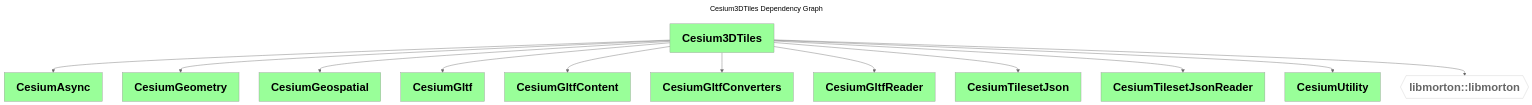
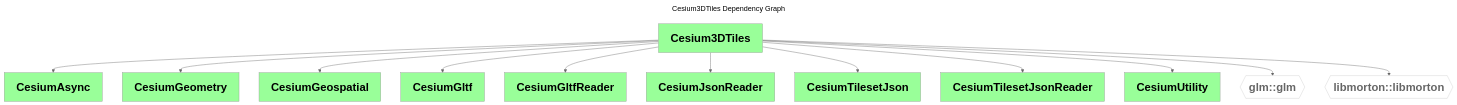
Before and after one commit to CesiumGS/cesium-native: the diagram in doc/diagrams/dependencies/Cesium3DTiles.mmd, drawn with Mermaid (neutral theme). The commit also changed 4 other files, not shown here.

Commit message:
Regenerate dependency graphs

```diff
--- a/doc/diagrams/dependencies/Cesium3DTiles.mmd
+++ b/doc/diagrams/dependencies/Cesium3DTiles.mmd
@@ -1,21 +1,21 @@
 ---
 comment: This file was generated by dep-graph-gen. DO NOT EDIT THIS FILE!
 
 title: Cesium3DTiles Dependency Graph
 ---
 graph TD
   classDef dependencyNode fill:#fff,stroke:#ccc,color:#666,font-weight:bold,font-size:28px
   classDef libraryNode fill:#9f9,font-weight:bold,font-size:28px
   Cesium3DTiles[Cesium3DTiles] --> CesiumAsync[CesiumAsync]
   Cesium3DTiles[Cesium3DTiles] --> CesiumGeometry[CesiumGeometry]
   Cesium3DTiles[Cesium3DTiles] --> CesiumGeospatial[CesiumGeospatial]
   Cesium3DTiles[Cesium3DTiles] --> CesiumGltf[CesiumGltf]
-  Cesium3DTiles[Cesium3DTiles] --> CesiumGltfContent[CesiumGltfContent]
-  Cesium3DTiles[Cesium3DTiles] --> CesiumGltfConverters[CesiumGltfConverters]
   Cesium3DTiles[Cesium3DTiles] --> CesiumGltfReader[CesiumGltfReader]
+  Cesium3DTiles[Cesium3DTiles] --> CesiumJsonReader[CesiumJsonReader]
   Cesium3DTiles[Cesium3DTiles] --> CesiumTilesetJson[CesiumTilesetJson]
   Cesium3DTiles[Cesium3DTiles] --> CesiumTilesetJsonReader[CesiumTilesetJsonReader]
   Cesium3DTiles[Cesium3DTiles] --> CesiumUtility[CesiumUtility]
+  Cesium3DTiles[Cesium3DTiles] --> glm_glm{{glm::glm}}
   Cesium3DTiles[Cesium3DTiles] --> libmorton_libmorton{{libmorton::libmorton}}
-  class libmorton_libmorton dependencyNode
-  class CesiumAsync,CesiumGeometry,CesiumGeospatial,CesiumGltf,CesiumGltfContent,CesiumGltfConverters,CesiumGltfReader,CesiumTilesetJson,CesiumTilesetJsonReader,CesiumUtility,Cesium3DTiles libraryNode
+  class glm_glm,libmorton_libmorton dependencyNode
+  class CesiumAsync,CesiumGeometry,CesiumGeospatial,CesiumGltf,CesiumGltfReader,CesiumJsonReader,CesiumTilesetJson,CesiumTilesetJsonReader,CesiumUtility,Cesium3DTiles libraryNode
```
